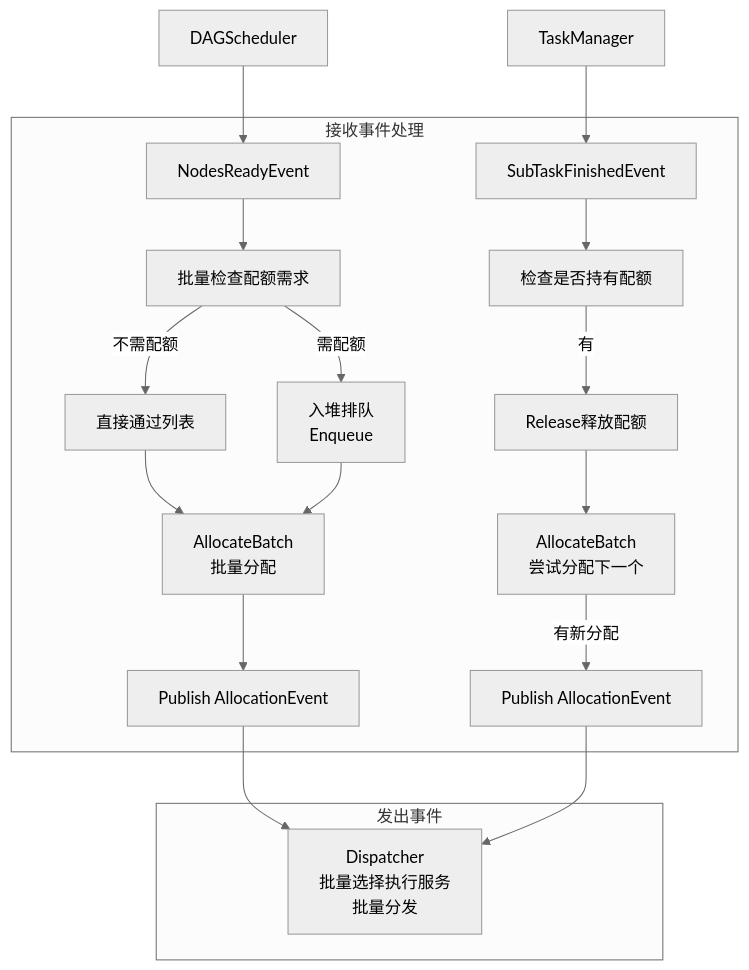
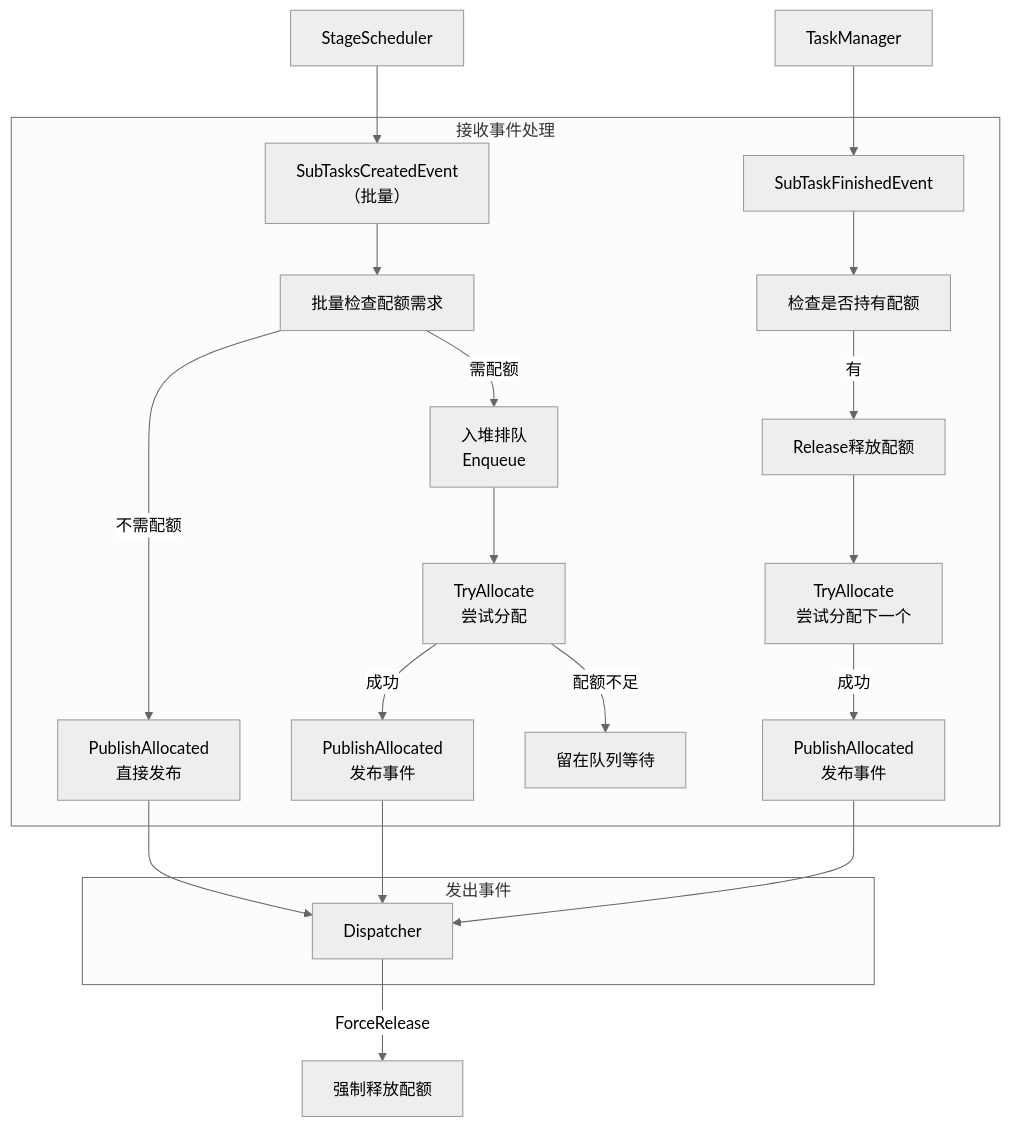
The diagram in docs/designs/details/scheduler/配额分配器设计.md (njuxumq/agent-eval-server), drawn with Mermaid (neutral theme) before and after one commit. The commit also changed other lines of this file and 15 other files, not shown here.

````diff
--- a/docs/designs/details/scheduler/配额分配器设计.md
+++ b/docs/designs/details/scheduler/配额分配器设计.md
@@ -448,24 +530,26 @@
 ```mermaid
 flowchart TB
     subgraph 接收事件处理
-        NRE[NodesReadyEvent] --> BCN[批量检查配额需求]
-        BCN -->|"不需配额"| DPL[直接通过列表]
+        NRE[SubTasksCreatedEvent<br/>（批量）] --> BCN[批量检查配额需求]
+        BCN -->|"不需配额"| PAE1[PublishAllocated<br/>直接发布]
         BCN -->|"需配额"| EQ[入堆排队<br/>Enqueue]
-        DPL --> AB1[AllocateBatch<br/>批量分配]
-        EQ --> AB1
-        AB1 --> PAE1[Publish AllocationEvent]
+        EQ --> TA1[TryAllocate<br/>尝试分配]
+        TA1 -->|"成功"| PAE2[PublishAllocated<br/>发布事件]
+        TA1 -->|"配额不足"| WAIT[留在队列等待]
 
         STFE[SubTaskFinishedEvent] --> CHK[检查是否持有配额]
         CHK -->|"有"| REL[Release释放配额]
-        REL --> AB2[AllocateBatch<br/>尝试分配下一个]
-        AB2 -->|"有新分配"| PAE2[Publish AllocationEvent]
+        REL --> TA2[TryAllocate<br/>尝试分配下一个]
+        TA2 -->|"成功"| PAE3[PublishAllocated<br/>发布事件]
     end
 
     subgraph 发出事件
-        PAE1 --> DP[Dispatcher<br/>批量选择执行服务<br/>批量分发]
+        PAE1 --> DP[Dispatcher<br/>选择执行服务<br/>分发子任务]
         PAE2 --> DP
+        PAE3 --> DP
     end
 
-    DS[DAGScheduler] --> NRE
+    SS[StageScheduler] --> NRE
     TM[TaskManager] --> STFE
+    DP[Dispatcher] -->|"ForceRelease"| FR[强制释放配额]
 ```
````
